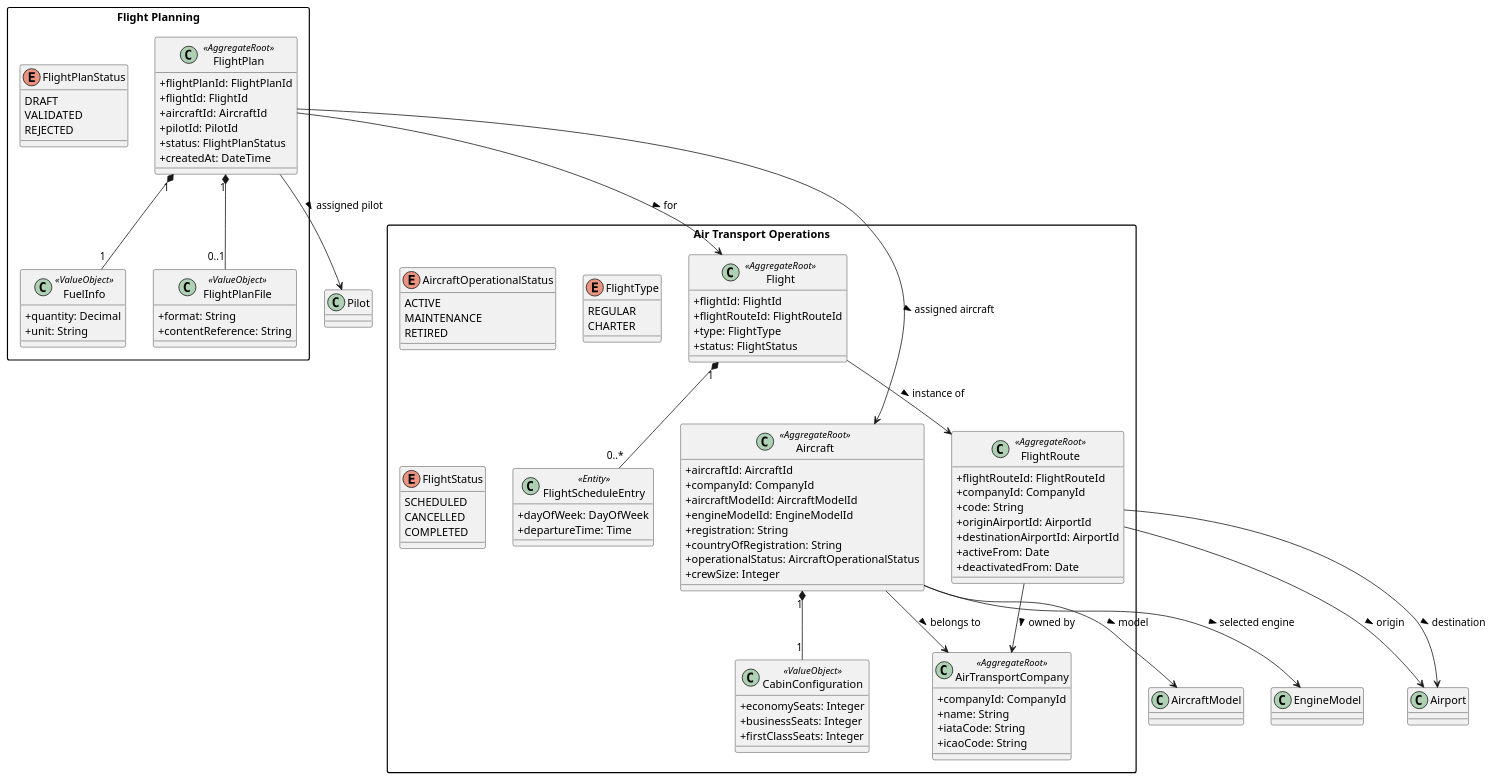
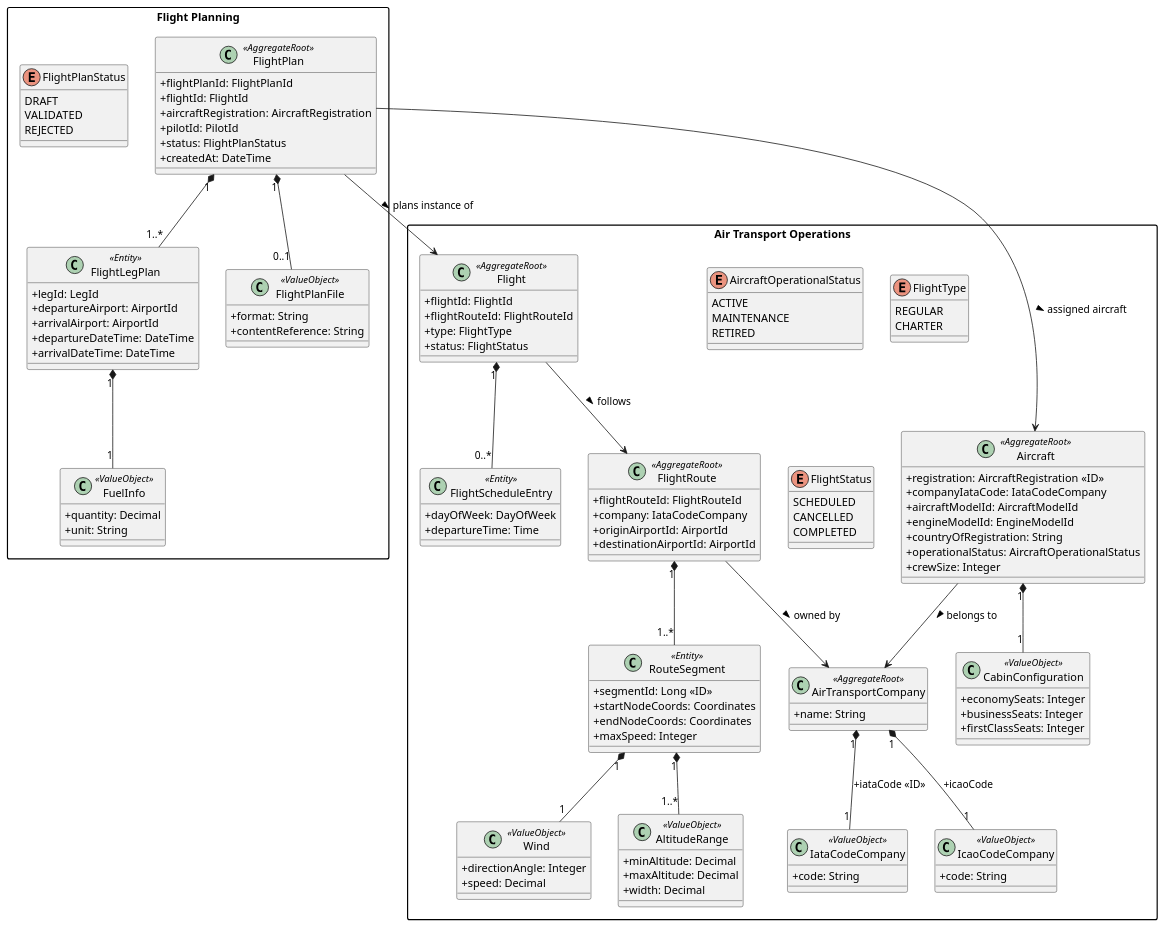
Before and after one commit to goncalolopesp/sem4pi2526-sem4pi2526_2di5: the diagram in docs/US_010/DM-airtransportsFlightplanning.puml, drawn with PlantUML. The commit also changed 214 other files, not shown here.

```diff
--- a/docs/US_010/DM-airtransportsFlightplanning.puml
+++ b/docs/US_010/DM-airtransportsFlightplanning.puml
@@ -1,118 +1,150 @@
 @startuml
 skinparam classAttributeIconSize 0
 skinparam shadowing false
 skinparam packageStyle rectangle
 
 package "Air Transport Operations" {
 
   class AirTransportCompany <<AggregateRoot>> {
-    +companyId: CompanyId
     +name: String
-    +iataCode: String
-    +icaoCode: String
+  }
+
+  class IataCodeCompany <<ValueObject>> {
+    +code: String
+  }
+
+  class IcaoCodeCompany <<ValueObject>> {
+    +code: String
   }
 
   class Aircraft <<AggregateRoot>> {
-    +aircraftId: AircraftId
-    +companyId: CompanyId
+    +registration: AircraftRegistration <<ID>>
+    +companyIataCode: IataCodeCompany
     +aircraftModelId: AircraftModelId
     +engineModelId: EngineModelId
-    +registration: String
     +countryOfRegistration: String
     +operationalStatus: AircraftOperationalStatus
     +crewSize: Integer
   }
 
   class CabinConfiguration <<ValueObject>> {
     +economySeats: Integer
     +businessSeats: Integer
     +firstClassSeats: Integer
   }
 
   class FlightRoute <<AggregateRoot>> {
     +flightRouteId: FlightRouteId
-    +companyId: CompanyId
-    +code: String
+    +company: IataCodeCompany
     +originAirportId: AirportId
     +destinationAirportId: AirportId
-    +activeFrom: Date
-    +deactivatedFrom: Date
+  }
+
+  class RouteSegment <<Entity>> {
+    +segmentId: Long <<ID>>
+    +startNodeCoords: Coordinates
+    +endNodeCoords: Coordinates
+    +maxSpeed: Integer
+  }
+
+  class Wind <<ValueObject>> {
+    +directionAngle: Integer
+    +speed: Decimal
   }
 
   class Flight <<AggregateRoot>> {
     +flightId: FlightId
     +flightRouteId: FlightRouteId
     +type: FlightType
     +status: FlightStatus
+  }
+
+  class AltitudeRange <<ValueObject>> {
+    +minAltitude: Decimal
+    +maxAltitude: Decimal
+    +width: Decimal
   }
 
   class FlightScheduleEntry <<Entity>> {
     +dayOfWeek: DayOfWeek
     +departureTime: Time
   }
 
   enum AircraftOperationalStatus {
     ACTIVE
     MAINTENANCE
     RETIRED
   }
 
   enum FlightType {
     REGULAR
     CHARTER
   }
 
   enum FlightStatus {
     SCHEDULED
     CANCELLED
     COMPLETED
   }
 }
 
 package "Flight Planning" {
 
   class FlightPlan <<AggregateRoot>> {
     +flightPlanId: FlightPlanId
     +flightId: FlightId
-    +aircraftId: AircraftId
+    +aircraftRegistration: AircraftRegistration
     +pilotId: PilotId
     +status: FlightPlanStatus
     +createdAt: DateTime
+  }
+
+  class FlightLegPlan <<Entity>> {
+    +legId: LegId
+    +departureAirport: AirportId
+    +arrivalAirport: AirportId
+    +departureDateTime: DateTime
+    +arrivalDateTime: DateTime
   }
 
   class FuelInfo <<ValueObject>> {
     +quantity: Decimal
     +unit: String
   }
 
   class FlightPlanFile <<ValueObject>> {
     +format: String
     +contentReference: String
   }
 
   enum FlightPlanStatus {
     DRAFT
     VALIDATED
     REJECTED
   }
 }
 
+AirTransportCompany "1" *-- "1" IataCodeCompany : +iataCode <<ID>>
+AirTransportCompany "1" *-- "1" IcaoCodeCompany : +icaoCode
+
 Aircraft "1" *-- "1" CabinConfiguration
 
-Flight --> FlightRoute : instance of >
+FlightRoute "1" *-- "1..*" RouteSegment
+
 Flight "1" *-- "0..*" FlightScheduleEntry
-FlightPlan "1" *-- "1" FuelInfo
+Flight --> FlightRoute : follows >
+
+FlightPlan "1" *-- "1..*" FlightLegPlan
+FlightLegPlan "1" *-- "1" FuelInfo
+
 FlightPlan "1" *-- "0..1" FlightPlanFile
 
-FlightPlan --> Flight : for >
+RouteSegment "1" *-- "1..*" AltitudeRange
+RouteSegment "1" *-- "1" Wind
+
+FlightPlan --> Flight : plans instance of >
 FlightPlan --> Aircraft : assigned aircraft >
-FlightPlan --> Pilot : assigned pilot >
 
-Aircraft --> AircraftModel : model >
-Aircraft --> EngineModel : selected engine >
 Aircraft --> AirTransportCompany : belongs to >
 FlightRoute --> AirTransportCompany : owned by >
-FlightRoute --> Airport : origin >
-FlightRoute --> Airport : destination >
-
 @enduml
```
